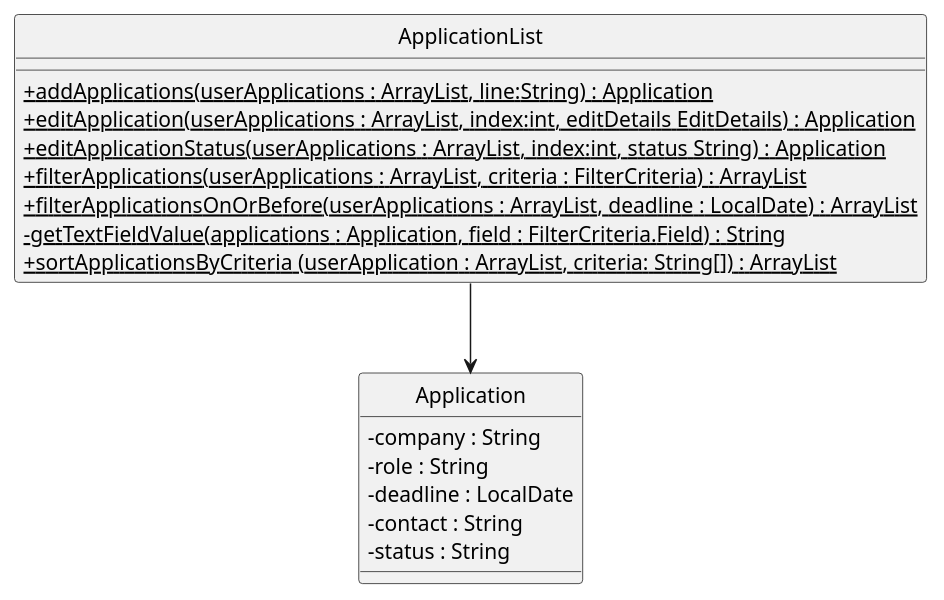
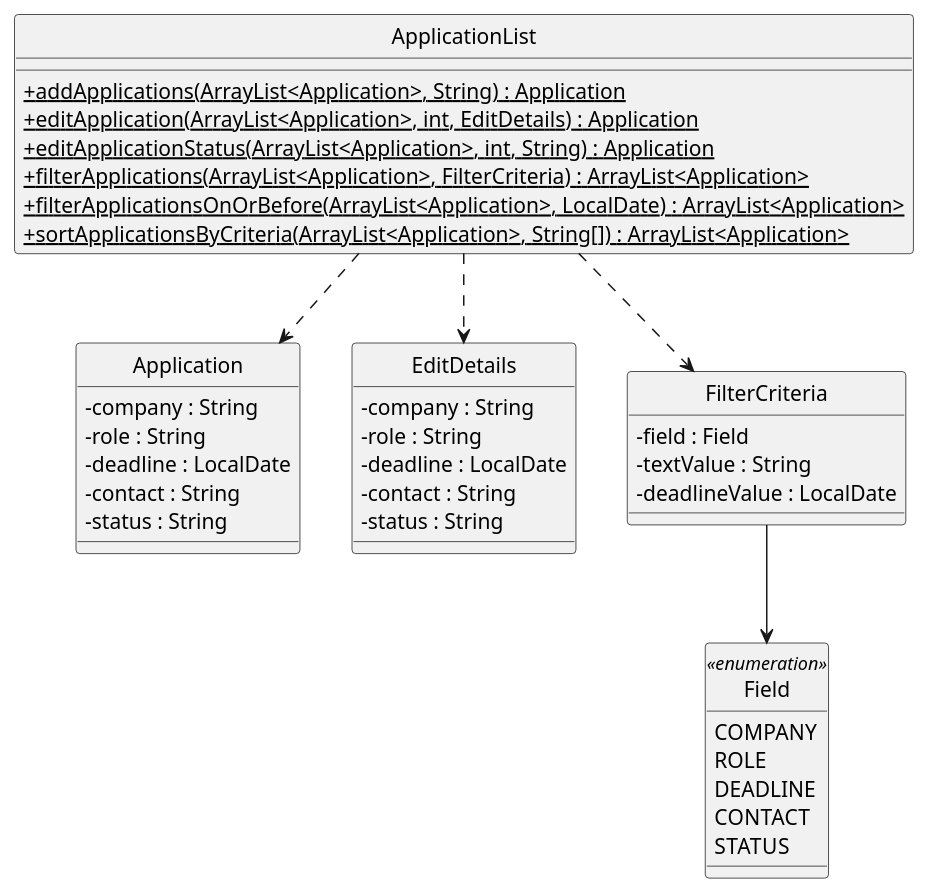
Before and after one commit to hykzr/tp: the diagram in docs/diagrams/application_list_diag.puml, drawn with PlantUML. The commit also changed 2 other files, not shown here.

Commit message:
fix the application list component

```diff
--- a/docs/diagrams/application_list_diag.puml
+++ b/docs/diagrams/application_list_diag.puml
@@ -1,29 +1,50 @@
 @startuml
 
 skinparam classAttributeIconSize 0
-skinparam ClassSeparatorColor black
-skinparam ClassSeparatorThickness 1
 hide circle
-hide stereotype
 
 class ApplicationList {
-  + {static} addApplications(userApplications : ArrayList, line:String) : Application
-  + {static} editApplication(userApplications : ArrayList, index:int, editDetails EditDetails) : Application
-  + {static} editApplicationStatus(userApplications : ArrayList, index:int, status String) : Application
-  + {static} filterApplications(userApplications : ArrayList, criteria : FilterCriteria) : ArrayList
-  + {static} filterApplicationsOnOrBefore(userApplications : ArrayList, deadline : LocalDate) : ArrayList
-  - {static} getTextFieldValue(applications : Application, field : FilterCriteria.Field) : String
-  + {static} sortApplicationsByCriteria (userApplication : ArrayList, criteria: String[]) : ArrayList
+  + {static} addApplications(ArrayList<Application>, String) : Application
+  + {static} editApplication(ArrayList<Application>, int, EditDetails) : Application
+  + {static} editApplicationStatus(ArrayList<Application>, int, String) : Application
+  + {static} filterApplications(ArrayList<Application>, FilterCriteria) : ArrayList<Application>
+  + {static} filterApplicationsOnOrBefore(ArrayList<Application>, LocalDate) : ArrayList<Application>
+  + {static} sortApplicationsByCriteria(ArrayList<Application>, String[]) : ArrayList<Application>
 }
 
 class Application {
   - company : String
   - role : String
   - deadline : LocalDate
   - contact : String
   - status : String
 }
 
-ApplicationList --> Application
+class EditDetails {
+  - company : String
+  - role : String
+  - deadline : LocalDate
+  - contact : String
+  - status : String
+}
+
+class FilterCriteria {
+  - field : Field
+  - textValue : String
+  - deadlineValue : LocalDate
+}
+
+class Field <<enumeration>> {
+  COMPANY
+  ROLE
+  DEADLINE
+  CONTACT
+  STATUS
+}
+
+ApplicationList ..> Application
+ApplicationList ..> EditDetails
+ApplicationList ..> FilterCriteria
+FilterCriteria --> Field
 
 @enduml
```
